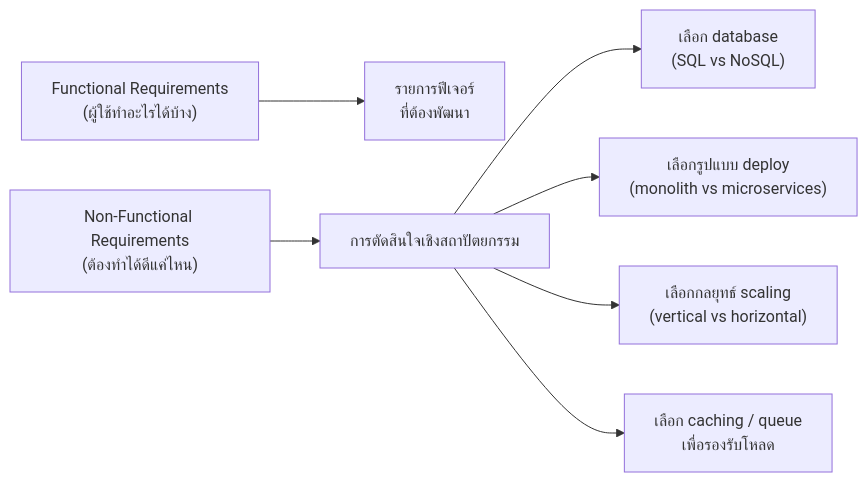
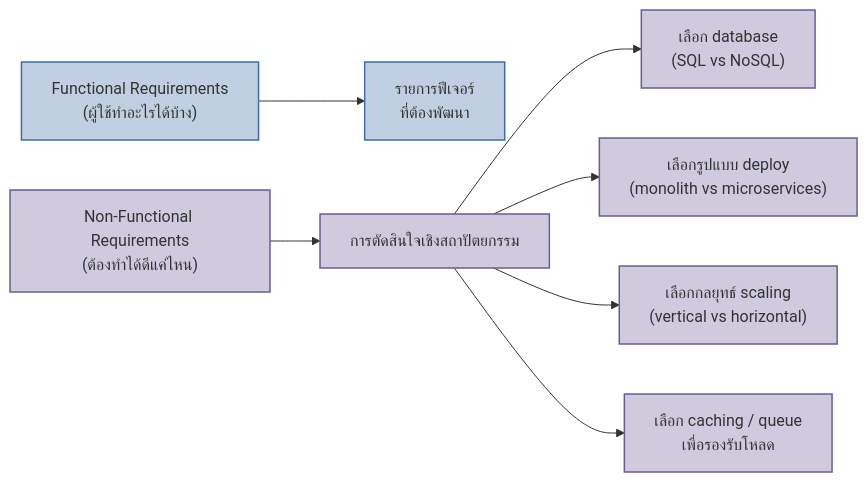
One commit to Thail3/study-system changed the diagram in src/content/module-16/02-nfr-vs-fr.md. Above: the diagram before and after it, drawn with Mermaid. The commit also changed other lines of this file and 41 other files, not shown here.

First line of the commit message:
add Security Architecture pillar, Strangler Fig and intro topics, and bring System Architecture content up to par with System Design

````diff
--- a/src/content/module-16/02-nfr-vs-fr.md
+++ b/src/content/module-16/02-nfr-vs-fr.md
@@ -33,9 +33,14 @@
 ```mermaid
 flowchart LR
     FR["Functional Requirements<br/>(ผู้ใช้ทำอะไรได้บ้าง)"] --> Feature["รายการฟีเจอร์<br/>ที่ต้องพัฒนา"]
     NFR["Non-Functional Requirements<br/>(ต้องทำได้ดีแค่ไหน)"] --> Arch["การตัดสินใจเชิงสถาปัตยกรรม"]
     Arch --> A1["เลือก database<br/>(SQL vs NoSQL)"]
     Arch --> A2["เลือกรูปแบบ deploy<br/>(monolith vs microservices)"]
     Arch --> A3["เลือกกลยุทธ์ scaling<br/>(vertical vs horizontal)"]
     Arch --> A4["เลือก caching / queue<br/>เพื่อรองรับโหลด"]
+
+    classDef fr fill:#3d6ea552,stroke:#3d6ea5,stroke-width:1.5px
+    classDef nfr fill:#6b5b9552,stroke:#6b5b95,stroke-width:1.5px
+    class FR,Feature fr
+    class NFR,Arch,A1,A2,A3,A4 nfr
 ```
````
